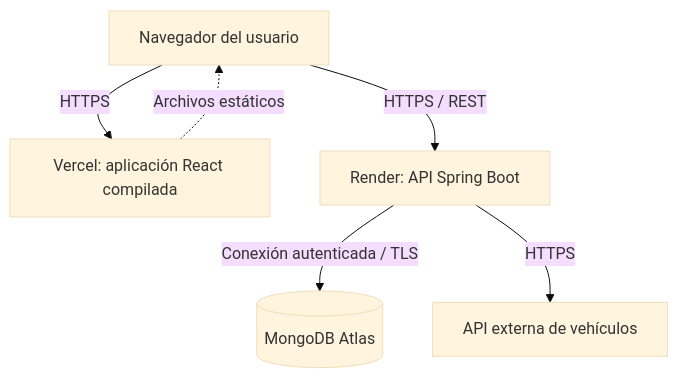
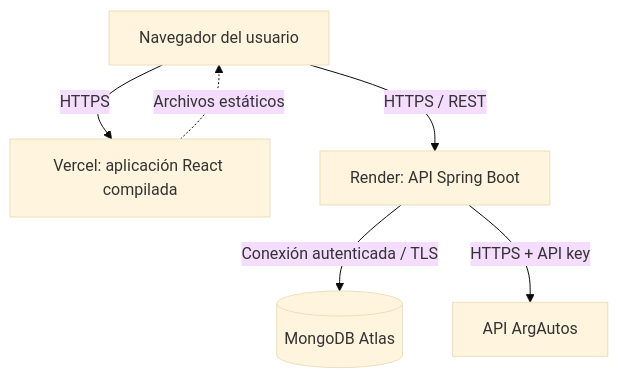
Before and after one commit to LorenzoPattini/TrabajoFinal-Grupo104: the fourth of 4 diagrams in docs/Documentacion-Sistema.md, drawn with Mermaid (base theme). The commit also changed other lines of this file and 3 other files, not shown here.

````diff
--- a/docs/Documentacion-Sistema.md
+++ b/docs/Documentacion-Sistema.md
@@ -853,8 +882,8 @@
 ```mermaid
 flowchart TB
     BROWSER["Navegador del usuario"] -->|"HTTPS"| VERCEL["Vercel: aplicación React compilada"]
     VERCEL -.->|"Archivos estáticos"| BROWSER
     BROWSER -->|"HTTPS / REST"| RENDER["Render: API Spring Boot"]
     RENDER -->|"Conexión autenticada / TLS"| MONGO[("MongoDB Atlas")]
-    RENDER -->|"HTTPS"| API["API externa de vehículos"]
+    RENDER -->|"HTTPS + API key"| API["API ArgAutos"]
 ```
````
